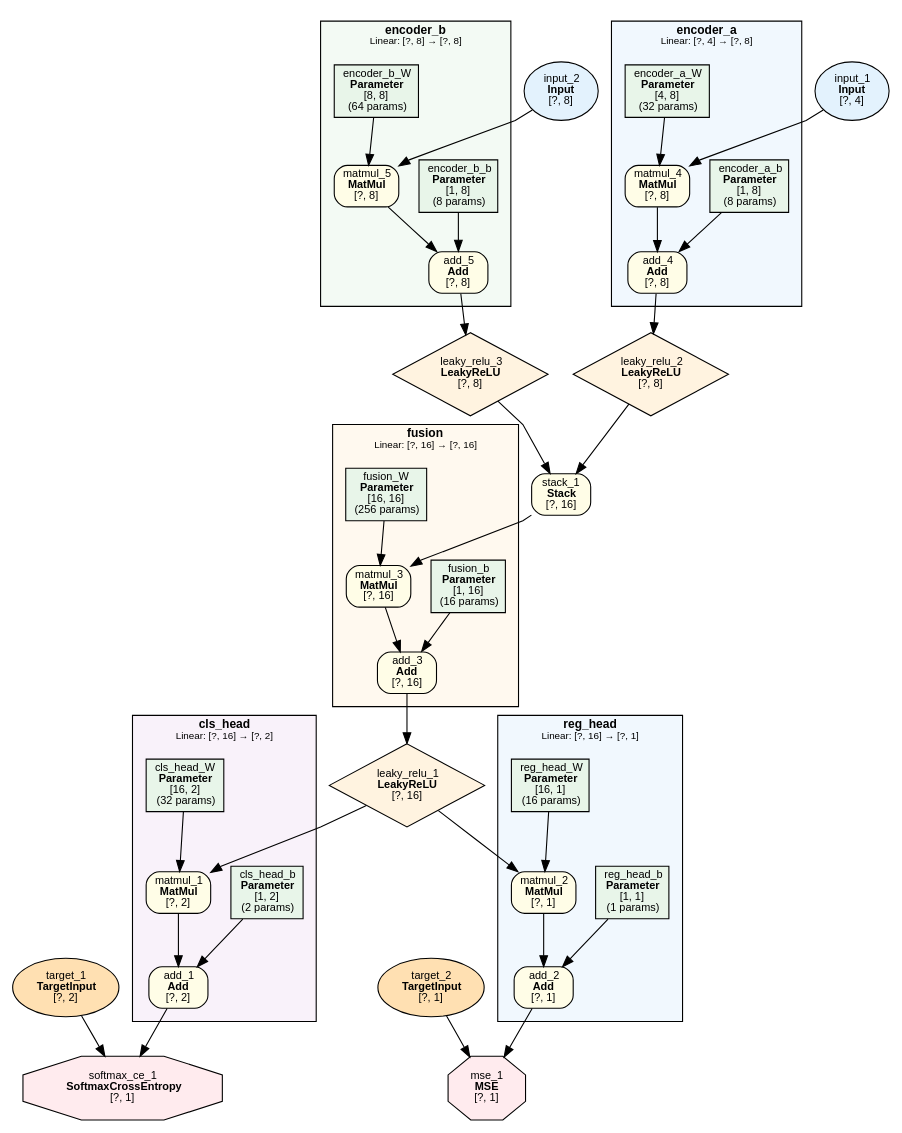
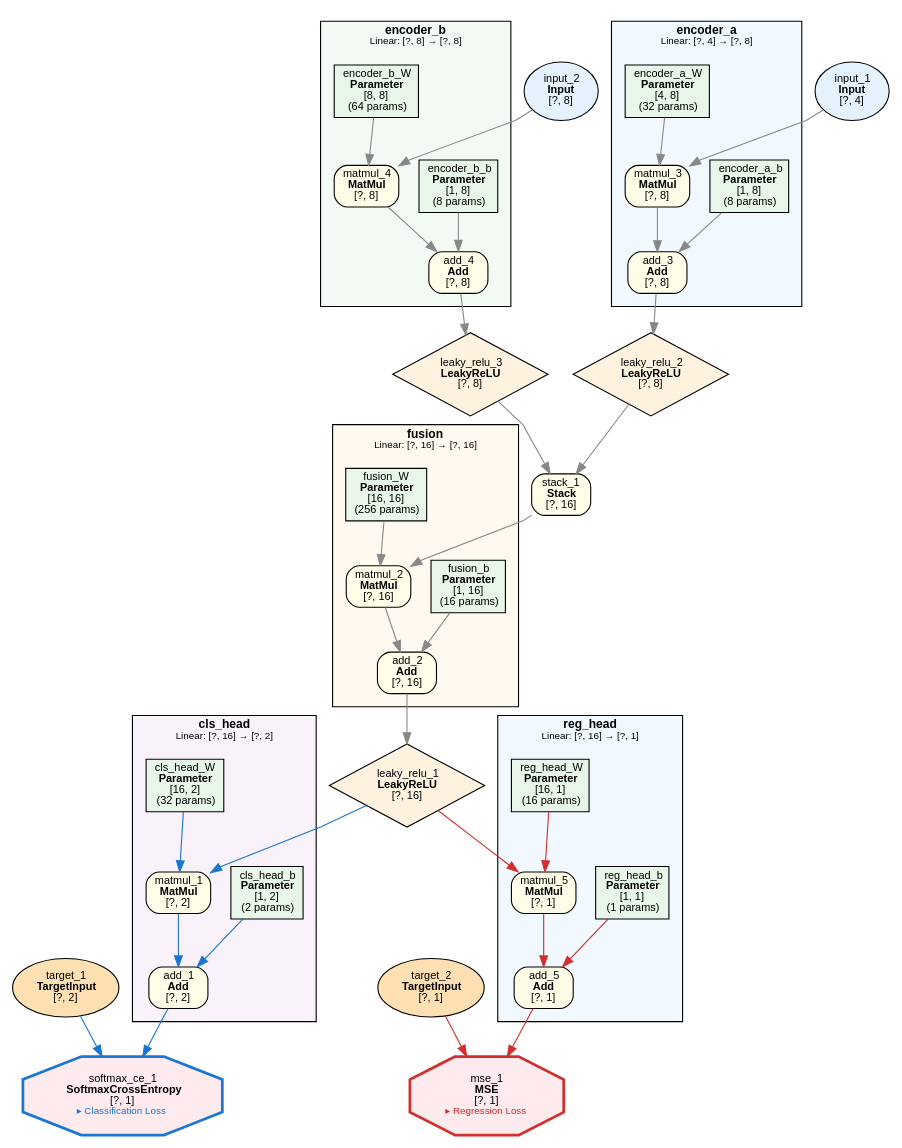
One commit to dbsxdbsx/only_torch changed the diagram in examples/multi_io_fusion/multi_io_fusion.dot. Above: the diagram before and after it, drawn with Graphviz. The commit also changed 26 other files, not shown here.

```diff
--- a/examples/multi_io_fusion/multi_io_fusion.dot
+++ b/examples/multi_io_fusion/multi_io_fusion.dot
@@ -1,113 +1,113 @@
 digraph ComputeGraph {
     rankdir=TB;
     newrank=true;
     splines=polyline;
     node [fontname="Microsoft YaHei,SimHei,Arial"];
     edge [fontname="Microsoft YaHei,SimHei,Arial"];
 
     subgraph cluster_encoder_a {
         label=<<B>encoder_a</B><BR/><FONT POINT-SIZE="9">Linear: [?, 4] → [?, 8]</FONT>>;
         style=filled;
         fillcolor="#E3F2FD80";
         fontname="Microsoft YaHei,SimHei,Arial";
         fontsize=11;
         margin=12;
-            "21" [label=<add_4<BR/><B>Add</B><BR/>[?, 8]> shape=box style="filled,rounded" fillcolor="#FFFDE7" fontsize=10];
-            "23" [label=<matmul_4<BR/><B>MatMul</B><BR/>[?, 8]> shape=box style="filled,rounded" fillcolor="#FFFDE7" fontsize=10];
-            "24" [label=<encoder_a_b<BR/><B>Parameter</B><BR/>[1, 8]<BR/>(8 params)> shape=box style=filled fillcolor="#E8F5E9" fontsize=10];
-            "28" [label=<encoder_a_W<BR/><B>Parameter</B><BR/>[4, 8]<BR/>(32 params)> shape=box style=filled fillcolor="#E8F5E9" fontsize=10];
+            "15" [label=<add_3<BR/><B>Add</B><BR/>[?, 8]> shape=box style="filled,rounded" fillcolor="#FFFDE7" fontsize=10];
+            "17" [label=<matmul_3<BR/><B>MatMul</B><BR/>[?, 8]> shape=box style="filled,rounded" fillcolor="#FFFDE7" fontsize=10];
+            "18" [label=<encoder_a_b<BR/><B>Parameter</B><BR/>[1, 8]<BR/>(8 params)> shape=box style=filled fillcolor="#E8F5E9" fontsize=10];
+            "22" [label=<encoder_a_W<BR/><B>Parameter</B><BR/>[4, 8]<BR/>(32 params)> shape=box style=filled fillcolor="#E8F5E9" fontsize=10];
     }
 
     subgraph cluster_encoder_b {
         label=<<B>encoder_b</B><BR/><FONT POINT-SIZE="9">Linear: [?, 8] → [?, 8]</FONT>>;
         style=filled;
         fillcolor="#E8F5E980";
         fontname="Microsoft YaHei,SimHei,Arial";
         fontsize=11;
         margin=12;
-            "22" [label=<add_5<BR/><B>Add</B><BR/>[?, 8]> shape=box style="filled,rounded" fillcolor="#FFFDE7" fontsize=10];
-            "25" [label=<matmul_5<BR/><B>MatMul</B><BR/>[?, 8]> shape=box style="filled,rounded" fillcolor="#FFFDE7" fontsize=10];
-            "26" [label=<encoder_b_b<BR/><B>Parameter</B><BR/>[1, 8]<BR/>(8 params)> shape=box style=filled fillcolor="#E8F5E9" fontsize=10];
-            "30" [label=<encoder_b_W<BR/><B>Parameter</B><BR/>[8, 8]<BR/>(64 params)> shape=box style=filled fillcolor="#E8F5E9" fontsize=10];
+            "16" [label=<add_4<BR/><B>Add</B><BR/>[?, 8]> shape=box style="filled,rounded" fillcolor="#FFFDE7" fontsize=10];
+            "19" [label=<matmul_4<BR/><B>MatMul</B><BR/>[?, 8]> shape=box style="filled,rounded" fillcolor="#FFFDE7" fontsize=10];
+            "20" [label=<encoder_b_b<BR/><B>Parameter</B><BR/>[1, 8]<BR/>(8 params)> shape=box style=filled fillcolor="#E8F5E9" fontsize=10];
+            "24" [label=<encoder_b_W<BR/><B>Parameter</B><BR/>[8, 8]<BR/>(64 params)> shape=box style=filled fillcolor="#E8F5E9" fontsize=10];
     }
 
     subgraph cluster_fusion {
         label=<<B>fusion</B><BR/><FONT POINT-SIZE="9">Linear: [?, 16] → [?, 16]</FONT>>;
         style=filled;
         fillcolor="#FFF3E080";
         fontname="Microsoft YaHei,SimHei,Arial";
         fontsize=11;
         margin=12;
-            "14" [label=<add_3<BR/><B>Add</B><BR/>[?, 16]> shape=box style="filled,rounded" fillcolor="#FFFDE7" fontsize=10];
-            "15" [label=<matmul_3<BR/><B>MatMul</B><BR/>[?, 16]> shape=box style="filled,rounded" fillcolor="#FFFDE7" fontsize=10];
-            "16" [label=<fusion_b<BR/><B>Parameter</B><BR/>[1, 16]<BR/>(16 params)> shape=box style=filled fillcolor="#E8F5E9" fontsize=10];
-            "18" [label=<fusion_W<BR/><B>Parameter</B><BR/>[16, 16]<BR/>(256 params)> shape=box style=filled fillcolor="#E8F5E9" fontsize=10];
+            "8" [label=<add_2<BR/><B>Add</B><BR/>[?, 16]> shape=box style="filled,rounded" fillcolor="#FFFDE7" fontsize=10];
+            "9" [label=<matmul_2<BR/><B>MatMul</B><BR/>[?, 16]> shape=box style="filled,rounded" fillcolor="#FFFDE7" fontsize=10];
+            "10" [label=<fusion_b<BR/><B>Parameter</B><BR/>[1, 16]<BR/>(16 params)> shape=box style=filled fillcolor="#E8F5E9" fontsize=10];
+            "12" [label=<fusion_W<BR/><B>Parameter</B><BR/>[16, 16]<BR/>(256 params)> shape=box style=filled fillcolor="#E8F5E9" fontsize=10];
     }
 
     subgraph cluster_cls_head {
         label=<<B>cls_head</B><BR/><FONT POINT-SIZE="9">Linear: [?, 16] → [?, 2]</FONT>>;
         style=filled;
         fillcolor="#F3E5F580";
         fontname="Microsoft YaHei,SimHei,Arial";
         fontsize=11;
         margin=12;
-            "3" [label=<add_1<BR/><B>Add</B><BR/>[?, 2]> shape=box style="filled,rounded" fillcolor="#FFFDE7" fontsize=10];
-            "7" [label=<matmul_1<BR/><B>MatMul</B><BR/>[?, 2]> shape=box style="filled,rounded" fillcolor="#FFFDE7" fontsize=10];
-            "8" [label=<cls_head_b<BR/><B>Parameter</B><BR/>[1, 2]<BR/>(2 params)> shape=box style=filled fillcolor="#E8F5E9" fontsize=10];
-            "12" [label=<cls_head_W<BR/><B>Parameter</B><BR/>[16, 2]<BR/>(32 params)> shape=box style=filled fillcolor="#E8F5E9" fontsize=10];
+            "2" [label=<add_1<BR/><B>Add</B><BR/>[?, 2]> shape=box style="filled,rounded" fillcolor="#FFFDE7" fontsize=10];
+            "4" [label=<matmul_1<BR/><B>MatMul</B><BR/>[?, 2]> shape=box style="filled,rounded" fillcolor="#FFFDE7" fontsize=10];
+            "5" [label=<cls_head_b<BR/><B>Parameter</B><BR/>[1, 2]<BR/>(2 params)> shape=box style=filled fillcolor="#E8F5E9" fontsize=10];
+            "7" [label=<cls_head_W<BR/><B>Parameter</B><BR/>[16, 2]<BR/>(32 params)> shape=box style=filled fillcolor="#E8F5E9" fontsize=10];
     }
 
     subgraph cluster_reg_head {
         label=<<B>reg_head</B><BR/><FONT POINT-SIZE="9">Linear: [?, 16] → [?, 1]</FONT>>;
         style=filled;
         fillcolor="#E3F2FD80";
         fontname="Microsoft YaHei,SimHei,Arial";
         fontsize=11;
         margin=12;
-            "5" [label=<add_2<BR/><B>Add</B><BR/>[?, 1]> shape=box style="filled,rounded" fillcolor="#FFFDE7" fontsize=10];
-            "9" [label=<matmul_2<BR/><B>MatMul</B><BR/>[?, 1]> shape=box style="filled,rounded" fillcolor="#FFFDE7" fontsize=10];
-            "10" [label=<reg_head_b<BR/><B>Parameter</B><BR/>[1, 1]<BR/>(1 params)> shape=box style=filled fillcolor="#E8F5E9" fontsize=10];
-            "13" [label=<reg_head_W<BR/><B>Parameter</B><BR/>[16, 1]<BR/>(16 params)> shape=box style=filled fillcolor="#E8F5E9" fontsize=10];
+            "26" [label=<add_5<BR/><B>Add</B><BR/>[?, 1]> shape=box style="filled,rounded" fillcolor="#FFFDE7" fontsize=10];
+            "28" [label=<matmul_5<BR/><B>MatMul</B><BR/>[?, 1]> shape=box style="filled,rounded" fillcolor="#FFFDE7" fontsize=10];
+            "29" [label=<reg_head_b<BR/><B>Parameter</B><BR/>[1, 1]<BR/>(1 params)> shape=box style=filled fillcolor="#E8F5E9" fontsize=10];
+            "30" [label=<reg_head_W<BR/><B>Parameter</B><BR/>[16, 1]<BR/>(16 params)> shape=box style=filled fillcolor="#E8F5E9" fontsize=10];
     }
 
-    "1" [label=<softmax_ce_1<BR/><B>SoftmaxCrossEntropy</B><BR/>[?, 1]> shape=octagon style=filled fillcolor="#FFEBEE" fontsize=10];
-    "2" [label=<mse_1<BR/><B>MSE</B><BR/>[?, 1]> shape=octagon style=filled fillcolor="#FFEBEE" fontsize=10];
-    "4" [label=<target_1<BR/><B>TargetInput</B><BR/>[?, 2]> shape=ellipse style=filled fillcolor="#FFE0B2" fontsize=10];
-    "6" [label=<target_2<BR/><B>TargetInput</B><BR/>[?, 1]> shape=ellipse style=filled fillcolor="#FFE0B2" fontsize=10];
-    "11" [label=<leaky_relu_1<BR/><B>LeakyReLU</B><BR/>[?, 16]> shape=diamond style=filled fillcolor="#FFF3E0" fontsize=10];
-    "17" [label=<stack_1<BR/><B>Stack</B><BR/>[?, 16]> shape=box style="filled,rounded" fillcolor="#FFFDE7" fontsize=10];
-    "19" [label=<leaky_relu_2<BR/><B>LeakyReLU</B><BR/>[?, 8]> shape=diamond style=filled fillcolor="#FFF3E0" fontsize=10];
-    "20" [label=<leaky_relu_3<BR/><B>LeakyReLU</B><BR/>[?, 8]> shape=diamond style=filled fillcolor="#FFF3E0" fontsize=10];
-    "27" [label=<input_1<BR/><B>Input</B><BR/>[?, 4]> shape=ellipse style=filled fillcolor="#E3F2FD" fontsize=10];
-    "29" [label=<input_2<BR/><B>Input</B><BR/>[?, 8]> shape=ellipse style=filled fillcolor="#E3F2FD" fontsize=10];
+    "1" [label=<softmax_ce_1<BR/><B>SoftmaxCrossEntropy</B><BR/>[?, 1]<BR/><FONT COLOR="#1976D2" POINT-SIZE="9">▸ Classification Loss</FONT>> shape=octagon style=filled fillcolor="#FFEBEE" fontsize=10 penwidth=2.5 color="#1976D2"];
+    "3" [label=<target_1<BR/><B>TargetInput</B><BR/>[?, 2]> shape=ellipse style=filled fillcolor="#FFE0B2" fontsize=10];
+    "6" [label=<leaky_relu_1<BR/><B>LeakyReLU</B><BR/>[?, 16]> shape=diamond style=filled fillcolor="#FFF3E0" fontsize=10];
+    "11" [label=<stack_1<BR/><B>Stack</B><BR/>[?, 16]> shape=box style="filled,rounded" fillcolor="#FFFDE7" fontsize=10];
+    "13" [label=<leaky_relu_2<BR/><B>LeakyReLU</B><BR/>[?, 8]> shape=diamond style=filled fillcolor="#FFF3E0" fontsize=10];
+    "14" [label=<leaky_relu_3<BR/><B>LeakyReLU</B><BR/>[?, 8]> shape=diamond style=filled fillcolor="#FFF3E0" fontsize=10];
+    "21" [label=<input_1<BR/><B>Input</B><BR/>[?, 4]> shape=ellipse style=filled fillcolor="#E3F2FD" fontsize=10];
+    "23" [label=<input_2<BR/><B>Input</B><BR/>[?, 8]> shape=ellipse style=filled fillcolor="#E3F2FD" fontsize=10];
+    "25" [label=<mse_1<BR/><B>MSE</B><BR/>[?, 1]<BR/><FONT COLOR="#D32F2F" POINT-SIZE="9">▸ Regression Loss</FONT>> shape=octagon style=filled fillcolor="#FFEBEE" fontsize=10 penwidth=2.5 color="#D32F2F"];
+    "27" [label=<target_2<BR/><B>TargetInput</B><BR/>[?, 1]> shape=ellipse style=filled fillcolor="#FFE0B2" fontsize=10];
 
-    "3" -> "1";
-    "4" -> "1";
-    "5" -> "2";
-    "6" -> "2";
-    "7" -> "3";
-    "8" -> "3";
-    "9" -> "5";
-    "10" -> "5";
-    "11" -> "7";
-    "12" -> "7";
-    "11" -> "9";
-    "13" -> "9";
-    "14" -> "11";
-    "15" -> "14";
-    "16" -> "14";
-    "17" -> "15";
-    "18" -> "15";
-    "19" -> "17";
-    "20" -> "17";
-    "21" -> "19";
-    "22" -> "20";
-    "23" -> "21";
-    "24" -> "21";
-    "25" -> "22";
-    "26" -> "22";
-    "27" -> "23";
-    "28" -> "23";
-    "29" -> "25";
-    "30" -> "25";
+    "2" -> "1" [color="#1976D2"];
+    "3" -> "1" [color="#1976D2"];
+    "4" -> "2" [color="#1976D2"];
+    "5" -> "2" [color="#1976D2"];
+    "6" -> "4" [color="#1976D2"];
+    "7" -> "4" [color="#1976D2"];
+    "8" -> "6" [color="#888888"];
+    "9" -> "8" [color="#888888"];
+    "10" -> "8" [color="#888888"];
+    "11" -> "9" [color="#888888"];
+    "12" -> "9" [color="#888888"];
+    "13" -> "11" [color="#888888"];
+    "14" -> "11" [color="#888888"];
+    "15" -> "13" [color="#888888"];
+    "16" -> "14" [color="#888888"];
+    "17" -> "15" [color="#888888"];
+    "18" -> "15" [color="#888888"];
+    "19" -> "16" [color="#888888"];
+    "20" -> "16" [color="#888888"];
+    "21" -> "17" [color="#888888"];
+    "22" -> "17" [color="#888888"];
+    "23" -> "19" [color="#888888"];
+    "24" -> "19" [color="#888888"];
+    "26" -> "25" [color="#D32F2F"];
+    "27" -> "25" [color="#D32F2F"];
+    "28" -> "26" [color="#D32F2F"];
+    "29" -> "26" [color="#D32F2F"];
+    "6" -> "28" [color="#D32F2F"];
+    "30" -> "28" [color="#D32F2F"];
 }
```
